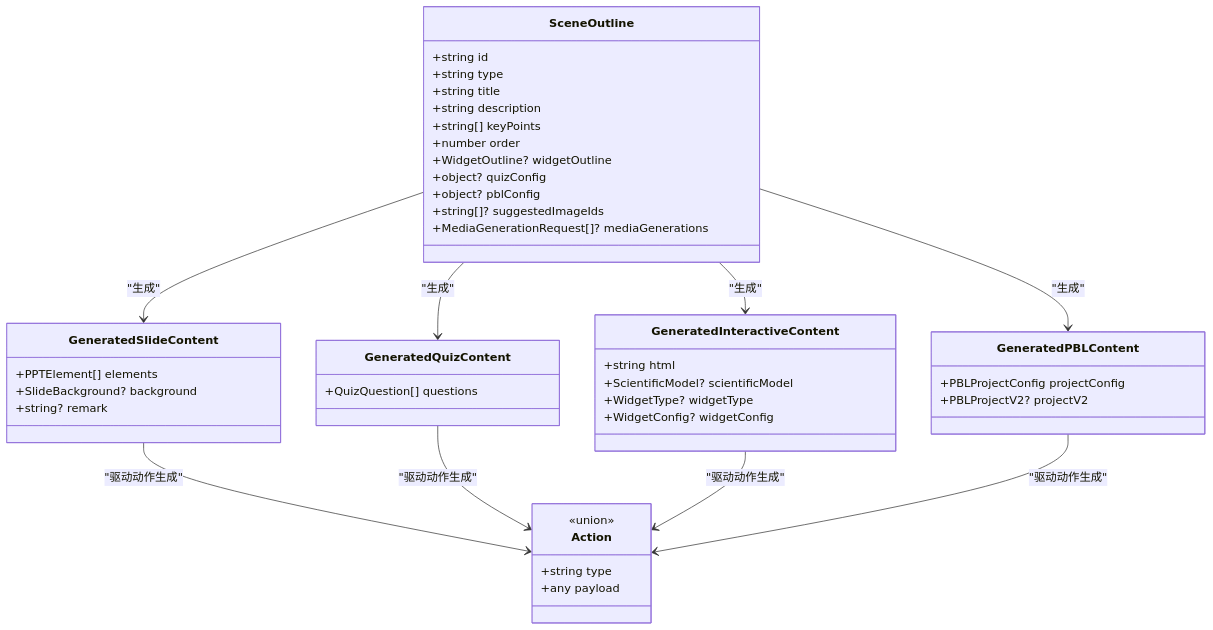
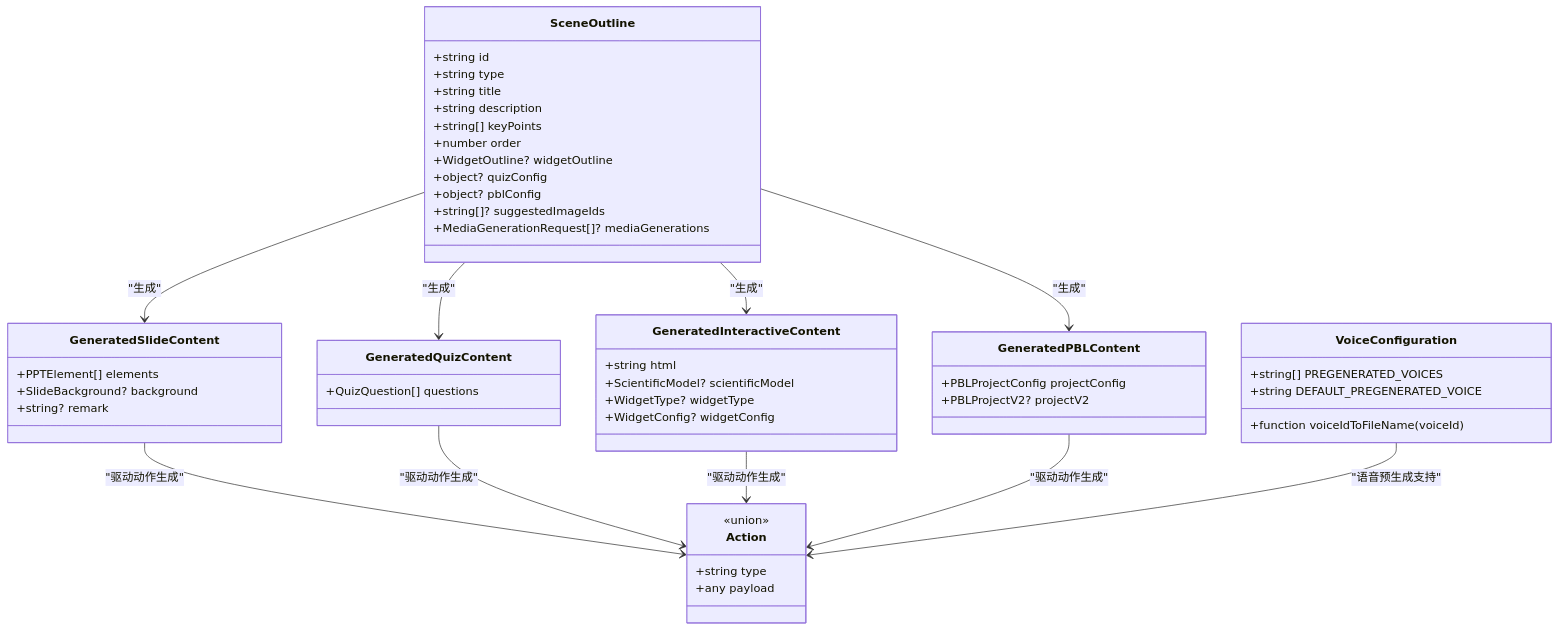
One commit to huangboheng/OpenMAIC changed the second of 4 diagrams in .qoder/repowiki/zh/content/核心功能/课程生成系统/场景生成器/场景生成器.md. Above: the diagram before and after it, drawn with Mermaid. The commit also changed other lines of this file and 9 other files, not shown here.

````diff
--- a/.qoder/repowiki/zh/content/核心功能/课程生成系统/场景生成器/场景生成器.md
+++ b/.qoder/repowiki/zh/content/核心功能/课程生成系统/场景生成器/场景生成器.md
@@ -91,47 +107,53 @@
 ```mermaid
 classDiagram
 class SceneOutline {
 +string id
 +string type
 +string title
 +string description
 +string[] keyPoints
 +number order
 +WidgetOutline? widgetOutline
 +object? quizConfig
 +object? pblConfig
 +string[]? suggestedImageIds
 +MediaGenerationRequest[]? mediaGenerations
 }
 class GeneratedSlideContent {
 +PPTElement[] elements
 +SlideBackground? background
 +string? remark
 }
 class GeneratedQuizContent {
 +QuizQuestion[] questions
 }
 class GeneratedInteractiveContent {
 +string html
 +ScientificModel? scientificModel
 +WidgetType? widgetType
 +WidgetConfig? widgetConfig
 }
 class GeneratedPBLContent {
 +PBLProjectConfig projectConfig
 +PBLProjectV2? projectV2
 }
 class Action {
 <<union>>
 +string type
 +any payload
 }
+class VoiceConfiguration {
++string[] PREGENERATED_VOICES
++string DEFAULT_PREGENERATED_VOICE
++function voiceIdToFileName(voiceId)
+}
 SceneOutline --> GeneratedSlideContent : "生成"
 SceneOutline --> GeneratedQuizContent : "生成"
 SceneOutline --> GeneratedInteractiveContent : "生成"
 SceneOutline --> GeneratedPBLContent : "生成"
 GeneratedSlideContent --> Action : "驱动动作生成"
 GeneratedQuizContent --> Action : "驱动动作生成"
 GeneratedInteractiveContent --> Action : "驱动动作生成"
 GeneratedPBLContent --> Action : "驱动动作生成"
+VoiceConfiguration --> Action : "语音预生成支持"
 ```
````
